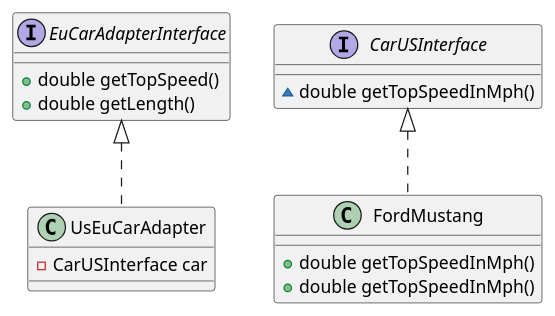
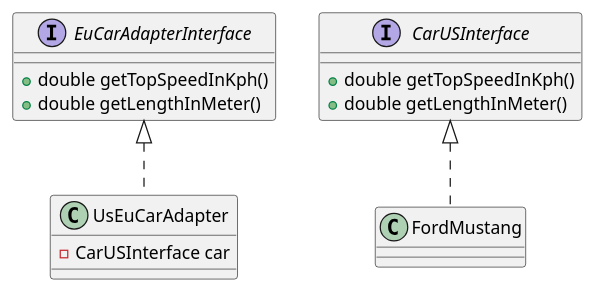
One commit to JonasHellgren/JavaBasics changed the diagram in src/java_design_patterns/A_adapter_pattern/ex_movable/movableUML.puml. Above: the diagram before and after it, drawn with PlantUML. The commit also changed 36 other files, not shown here.

```diff
--- a/src/java_design_patterns/A_adapter_pattern/ex_movable/movableUML.puml
+++ b/src/java_design_patterns/A_adapter_pattern/ex_movable/movableUML.puml
@@ -1,21 +1,23 @@
 @startuml
 class UsEuCarAdapter {
 - CarUSInterface car
 
 }
 interface CarUSInterface {
-~ double getTopSpeedInMph()
++ double getTopSpeedInKph()
++ double getLengthInMeter()
 }
+
 interface EuCarAdapterInterface {
-+ double getTopSpeed()
-+ double getLength()
++ double getTopSpeedInKph()
++ double getLengthInMeter()
 }
+
 class FordMustang {
-+ double getTopSpeedInMph()
-+ double getTopSpeedInMph()
+
 }
 
 
 EuCarAdapterInterface <|.. UsEuCarAdapter
 CarUSInterface <|.. FordMustang
 @enduml
```
